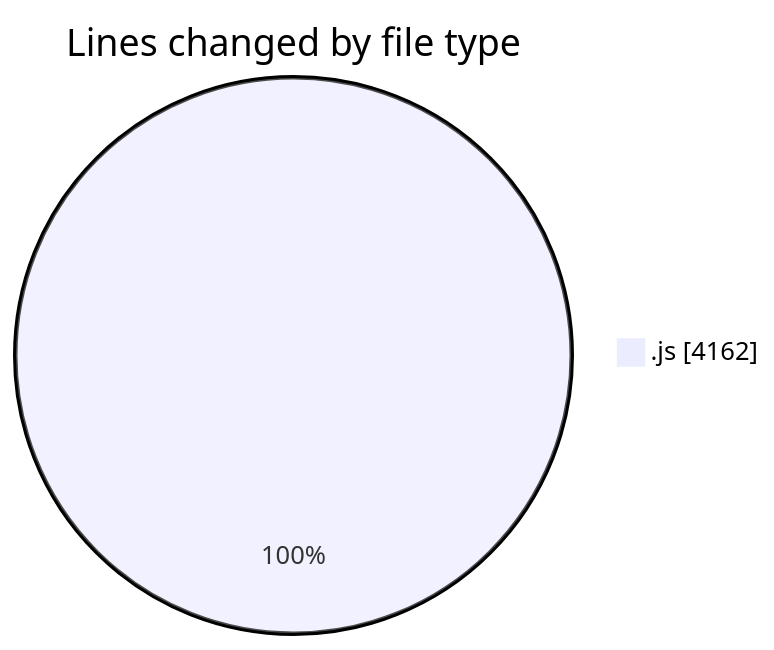
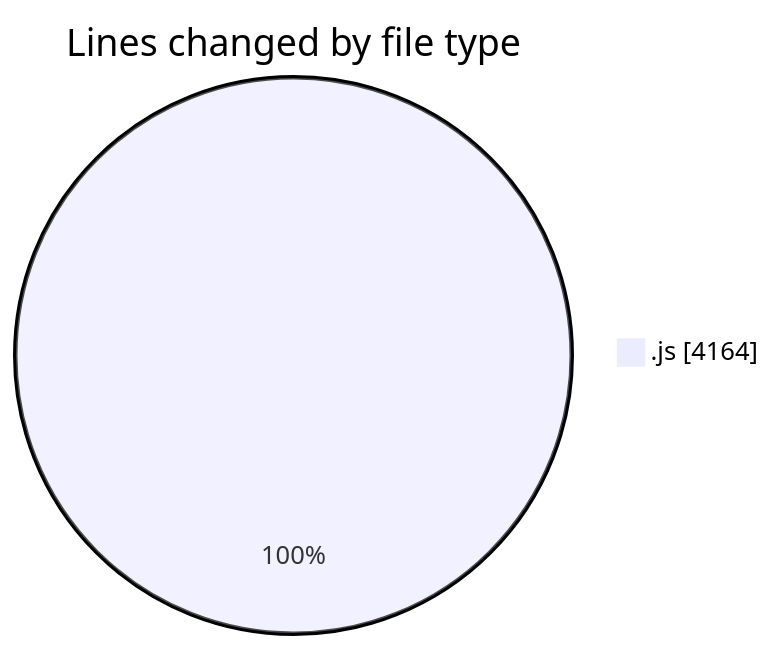
The first of 2 diagrams in 2025-10-01/nxtqube_webapp/README.md (nxtqubesakshisongat/code-tracking), drawn with Mermaid before and after one commit. The commit also changed other lines of this file and 1 other file, not shown here.

````diff
--- a/2025-10-01/nxtqube_webapp/README.md
+++ b/2025-10-01/nxtqube_webapp/README.md
@@ -20,5 +20,5 @@
 ```mermaid
 pie showData
 title Lines changed by file type
-".js" : 4162
+".js" : 4164
 ```
````
